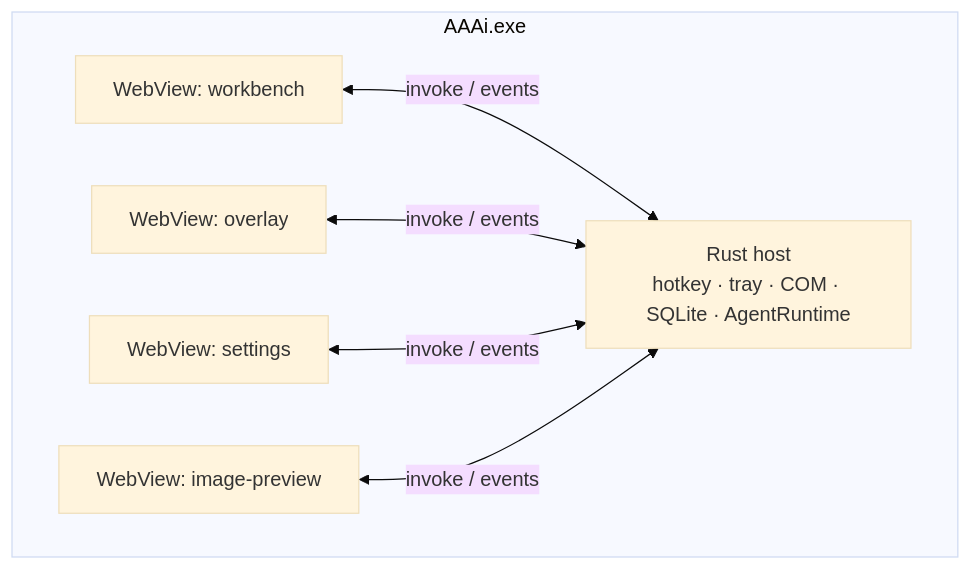
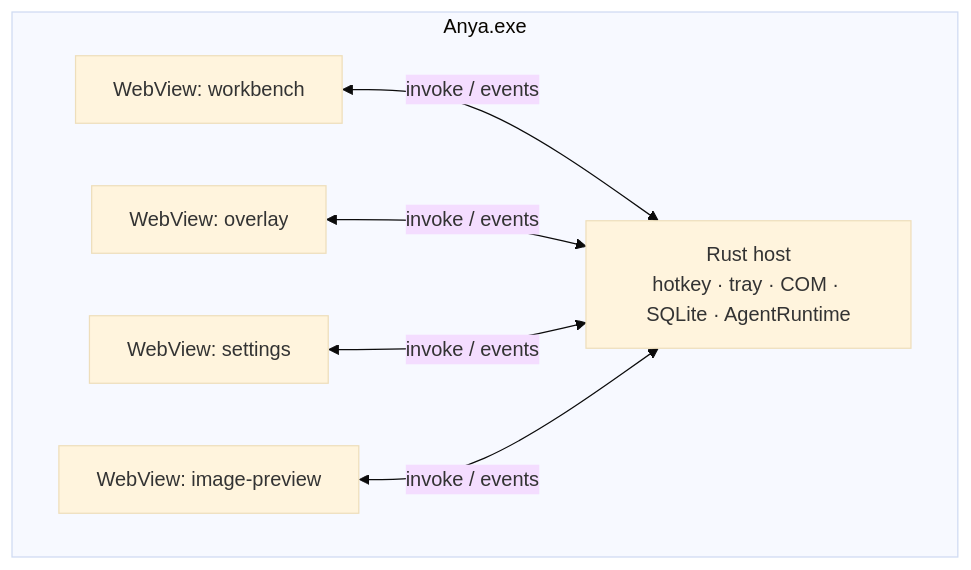
The third of 11 diagrams in docs/architecture-overview.md (rururunu/AAAi), drawn with Mermaid (base theme) before and after one commit. The commit also changed other lines of this file and 153 other files, not shown here.

Commit message:
feat: Anya 品牌化、自定义厂商预设与聊天/存储优化 - 产品更名 Anya（图标、文档、发版产物与 eval 二进制） - 自定义提供商：MiMo / 智谱 GLM / 火山方舟 / MiniMax / Kimi 预设与图标；OpenAI /v1/models 拉模型；设置页与引导页对齐 - 会话 SQLite：索引、journal 批量写入、大 JSON 截断、按会话懒加载，降低写放大 - 思考过程续轮/折叠与工作时间线体验优化；输入区附件/文件树与提及相关改进 - 清理未使用 API，消除 dead_code 编译告警

````diff
--- a/docs/architecture-overview.md
+++ b/docs/architecture-overview.md
@@ -157,15 +157,15 @@
 ```mermaid
 flowchart TB
-  subgraph Process["AAAi.exe"]
+  subgraph Process["Anya.exe"]
     Rust["Rust host<br/>hotkey · tray · COM · SQLite · AgentRuntime"]
     WV1["WebView: workbench"]
     WV2["WebView: overlay"]
     WV3["WebView: settings"]
     WV4["WebView: image-preview"]
   end
 
   WV1 <-->|invoke / events| Rust
   WV2 <-->|invoke / events| Rust
   WV3 <-->|invoke / events| Rust
   WV4 <-->|invoke / events| Rust
 ```
````
